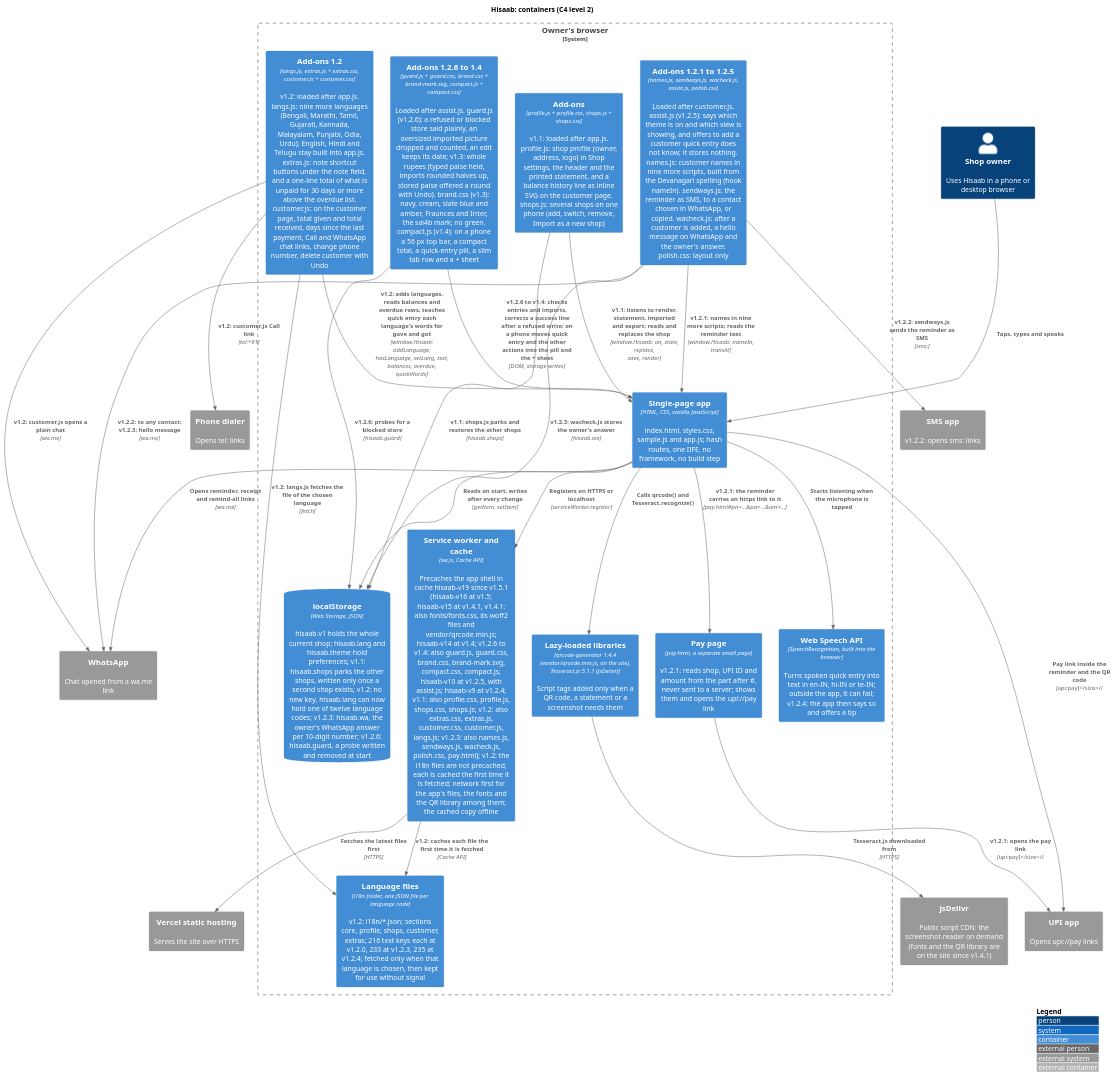
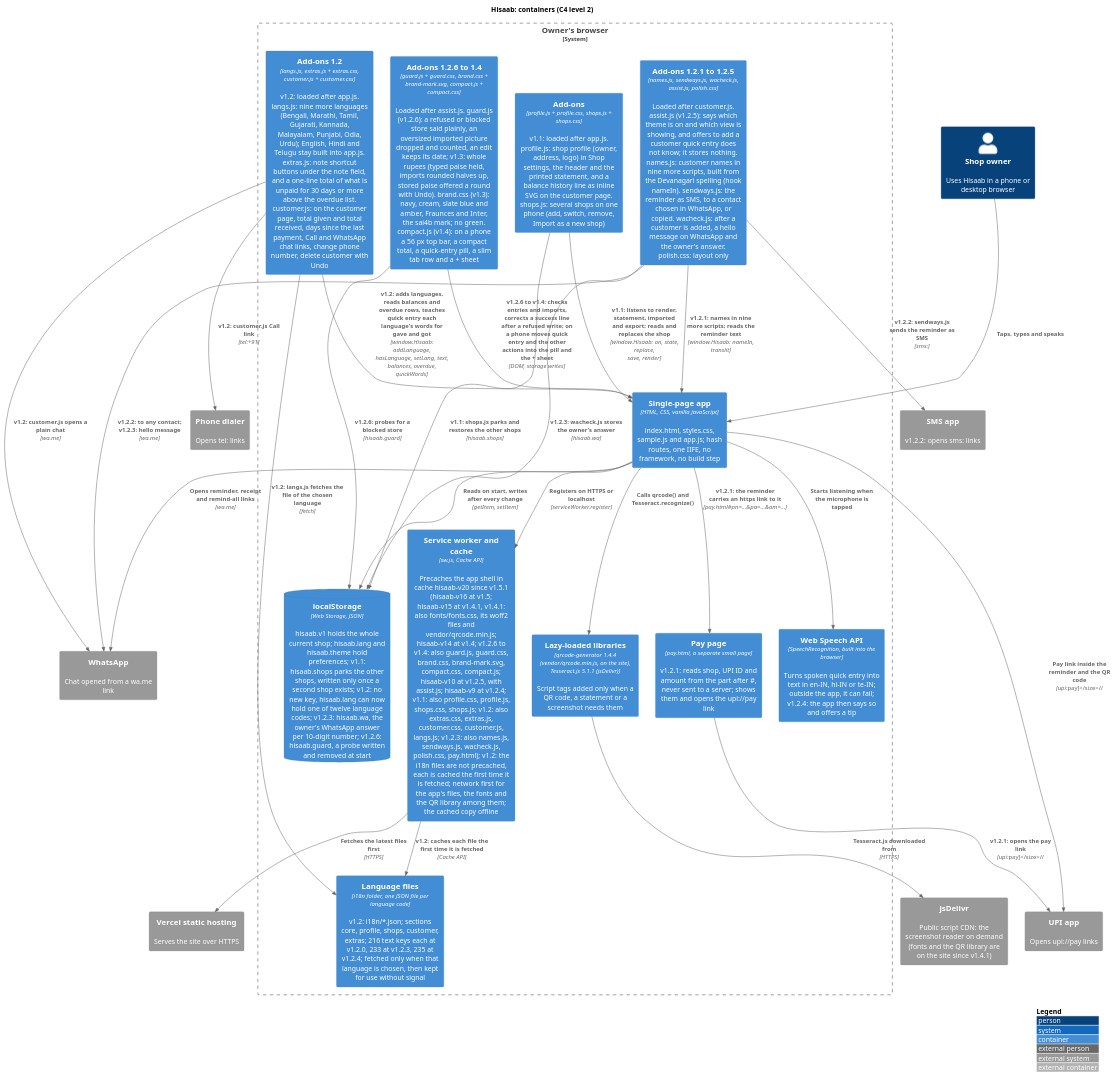
Before and after one commit to karwasanjay007/hisaab-docs: the diagram in docs/diagrams/c4-container.puml, drawn with PlantUML. The commit also changed 8 other files, not shown here.

Commit message:
Version 1.5.1.2: the phone language box; cache name hisaab-v20

```diff
--- a/docs/diagrams/c4-container.puml
+++ b/docs/diagrams/c4-container.puml
@@ -1,53 +1,53 @@
 @startuml c4-container
 !include <C4/C4_Container>
 title Hisaab: containers (C4 level 2)
 
 Person(owner, "Shop owner", "Uses Hisaab in a phone or desktop browser")
 System_Ext(whatsapp, "WhatsApp", "Chat opened from a wa.me link")
 System_Ext(upi, "UPI app", "Opens upi://pay links")
 System_Ext(dialer, "Phone dialer", "Opens tel: links")
 System_Ext(sms, "SMS app", "v1.2.2: opens sms: links")
 System_Ext(cdn, "jsDelivr", "Public script CDN: the screenshot reader on demand (fonts and the QR library are on the site since v1.4.1)")
 System_Ext(vercel, "Vercel static hosting", "Serves the site over HTTPS")
 
 System_Boundary(browser, "Owner's browser") {
   Container(spa, "Single-page app", "HTML, CSS, vanilla JavaScript", "index.html, styles.css, sample.js and app.js; hash routes, one IIFE, no framework, no build step")
   Container(addons, "Add-ons", "profile.js + profile.css, shops.js + shops.css", "v1.1: loaded after app.js. profile.js: shop profile (owner, address, logo) in Shop settings, the header and the printed statement, and a balance history line as inline SVG on the customer page. shops.js: several shops on one phone (add, switch, remove, Import as a new shop)")
   ContainerDb(ls, "localStorage", "Web Storage, JSON", "hisaab.v1 holds the whole current shop; hisaab.lang and hisaab.theme hold preferences; v1.1: hisaab.shops parks the other shops, written only once a second shop exists; v1.2: no new key, hisaab.lang can now hold one of twelve language codes; v1.2.3: hisaab.wa, the owner's WhatsApp answer per 10-digit number; v1.2.6: hisaab.guard, a probe written and removed at start")
-  Container(sw, "Service worker and cache", "sw.js, Cache API", "Precaches the app shell in cache hisaab-v19 since v1.5.1 (hisaab-v16 at v1.5; hisaab-v15 at v1.4.1, v1.4.1: also fonts/fonts.css, its woff2 files and vendor/qrcode.min.js; hisaab-v14 at v1.4; v1.2.6 to v1.4: also guard.js, guard.css, brand.css, brand-mark.svg, compact.css, compact.js; hisaab-v10 at v1.2.5, with assist.js; hisaab-v9 at v1.2.4; v1.1: also profile.css, profile.js, shops.css, shops.js; v1.2: also extras.css, extras.js, customer.css, customer.js, langs.js; v1.2.3: also names.js, sendways.js, wacheck.js, polish.css, pay.html); v1.2: the i18n files are not precached, each is cached the first time it is fetched; network first for the app's files, the fonts and the QR library among them; the cached copy offline")
+  Container(sw, "Service worker and cache", "sw.js, Cache API", "Precaches the app shell in cache hisaab-v20 since v1.5.1 (hisaab-v16 at v1.5; hisaab-v15 at v1.4.1, v1.4.1: also fonts/fonts.css, its woff2 files and vendor/qrcode.min.js; hisaab-v14 at v1.4; v1.2.6 to v1.4: also guard.js, guard.css, brand.css, brand-mark.svg, compact.css, compact.js; hisaab-v10 at v1.2.5, with assist.js; hisaab-v9 at v1.2.4; v1.1: also profile.css, profile.js, shops.css, shops.js; v1.2: also extras.css, extras.js, customer.css, customer.js, langs.js; v1.2.3: also names.js, sendways.js, wacheck.js, polish.css, pay.html); v1.2: the i18n files are not precached, each is cached the first time it is fetched; network first for the app's files, the fonts and the QR library among them; the cached copy offline")
   Container(addons12, "Add-ons 1.2", "langs.js, extras.js + extras.css, customer.js + customer.css", "v1.2: loaded after app.js. langs.js: nine more languages (Bengali, Marathi, Tamil, Gujarati, Kannada, Malayalam, Punjabi, Odia, Urdu); English, Hindi and Telugu stay built into app.js. extras.js: note shortcut buttons under the note field, and a one-line total of what is unpaid for 30 days or more above the overdue list. customer.js: on the customer page, total given and total received, days since the last payment, Call and WhatsApp chat links, change phone number, delete customer with Undo")
   Container(i18nfiles, "Language files", "i18n folder, one JSON file per language code", "v1.2: i18n/*.json; sections core, profile, shops, customer, extras; 216 text keys each at v1.2.0, 233 at v1.2.3, 235 at v1.2.4; fetched only when that language is chosen, then kept for use without signal")
   Container(addons123, "Add-ons 1.2.1 to 1.2.5", "names.js, sendways.js, wacheck.js, assist.js, polish.css", "Loaded after customer.js. assist.js (v1.2.5): says which theme is on and which view is showing, and offers to add a customer quick entry does not know; it stores nothing. names.js: customer names in nine more scripts, built from the Devanagari spelling (hook nameIn). sendways.js: the reminder as SMS, to a contact chosen in WhatsApp, or copied. wacheck.js: after a customer is added, a hello message on WhatsApp and the owner's answer. polish.css: layout only")
   Container(addons14, "Add-ons 1.2.6 to 1.4", "guard.js + guard.css, brand.css + brand-mark.svg, compact.js + compact.css", "Loaded after assist.js. guard.js (v1.2.6): a refused or blocked store said plainly, an oversized imported picture dropped and counted, an edit keeps its date; v1.3: whole rupees (typed paise held, imports rounded halves up, stored paise offered a round with Undo). brand.css (v1.3): navy, cream, slate blue and amber, Fraunces and Inter, the sai4b mark; no green. compact.js (v1.4): on a phone a 56 px top bar, a compact total, a quick-entry pill, a slim tab row and a + sheet")
   Container(paypage, "Pay page", "pay.html, a separate small page", "v1.2.1: reads shop, UPI ID and amount from the part after #, never sent to a server; shows them and opens the upi://pay link")
   Container(libs, "Lazy-loaded libraries", "qrcode-generator 1.4.4 (vendor/qrcode.min.js, on the site), Tesseract.js 5.1.1 (jsDelivr)", "Script tags added only when a QR code, a statement or a screenshot needs them")
   Container(speech, "Web Speech API", "SpeechRecognition, built into the browser", "Turns spoken quick entry into text in en-IN, hi-IN or te-IN; outside the app, it can fail; v1.2.4: the app then says so and offers a tip")
 }
 
 Rel(owner, spa, "Taps, types and speaks")
 Rel(spa, ls, "Reads on start, writes after every change", "getItem, setItem")
 Rel(addons, spa, "v1.1: listens to render, statement, imported and export; reads and replaces the shop", "window.Hisaab: on, state, replace, save, render")
 Rel(addons, ls, "v1.1: shops.js parks and restores the other shops", "hisaab.shops")
 Rel(addons12, spa, "v1.2: adds languages, reads balances and overdue rows, teaches quick entry each language's words for gave and got", "window.Hisaab: addLanguage, hasLanguage, setLang, text, balances, overdue, quickWords")
 Rel(addons12, i18nfiles, "v1.2: langs.js fetches the file of the chosen language", "fetch")
 Rel(sw, i18nfiles, "v1.2: caches each file the first time it is fetched", "Cache API")
 Rel(spa, sw, "Registers on HTTPS or localhost", "serviceWorker.register")
 Rel(sw, vercel, "Fetches the latest files first", "HTTPS")
 Rel(spa, libs, "Calls qrcode() and Tesseract.recognize()")
 Rel(libs, cdn, "Tesseract.js downloaded from", "HTTPS")
 Rel(spa, speech, "Starts listening when the microphone is tapped")
 Rel(spa, whatsapp, "Opens reminder, receipt and remind-all links", "wa.me")
 Rel(spa, upi, "Pay link inside the reminder and the QR code", "upi://pay")
 Rel(addons12, whatsapp, "v1.2: customer.js opens a plain chat", "wa.me")
 Rel(addons12, dialer, "v1.2: customer.js Call link", "tel:+91")
 Rel(addons123, spa, "v1.2.1: names in nine more scripts; reads the reminder text", "window.Hisaab: nameIn, translit")
 Rel(addons123, ls, "v1.2.3: wacheck.js stores the owner's answer", "hisaab.wa")
 Rel(addons123, sms, "v1.2.2: sendways.js sends the reminder as SMS", "sms:")
 Rel(addons123, whatsapp, "v1.2.2: to any contact; v1.2.3: hello message", "wa.me")
 Rel(spa, paypage, "v1.2.1: the reminder carries an https link to it", "pay.html#pn=...&pa=...&am=...")
 Rel(paypage, upi, "v1.2.1: opens the pay link", "upi://pay")
 Rel(addons14, spa, "v1.2.6 to v1.4: checks entries and imports, corrects a success line after a refused write; on a phone moves quick entry and the other actions into the pill and the + sheet", "DOM, storage writes")
 Rel(addons14, ls, "v1.2.6: probes for a blocked store", "hisaab.guard")
 
 LAYOUT_WITH_LEGEND()
 @enduml
```
